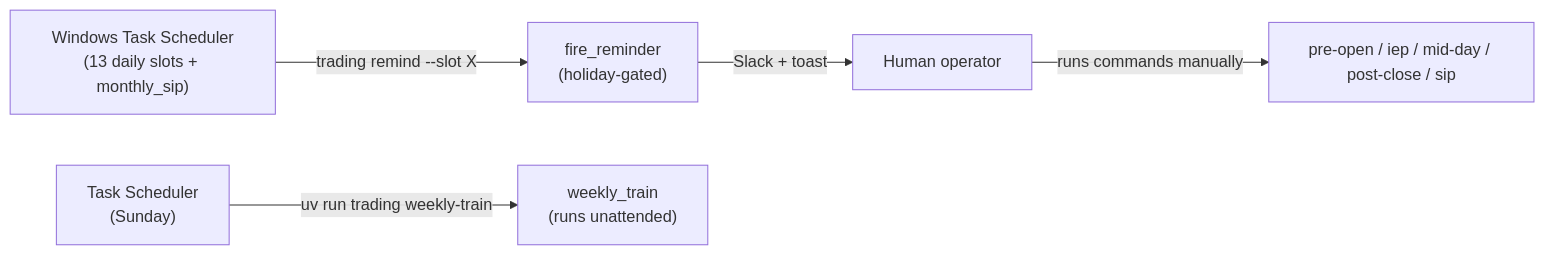
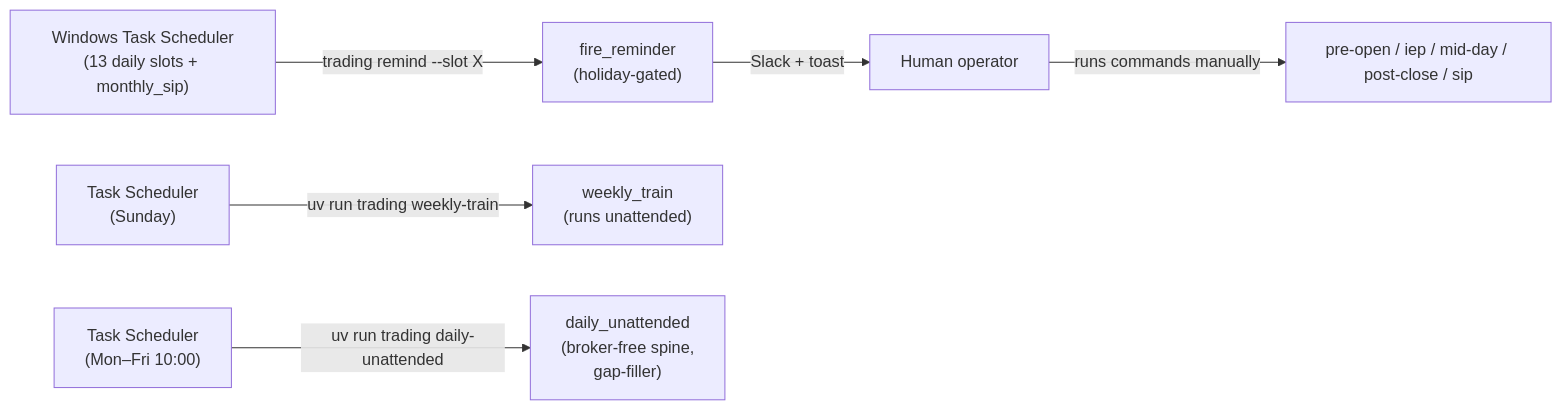
Before and after one commit to alladdinkumar/Trading: the diagram in docs/architecture/08-ops-cli-ui.md, drawn with Mermaid. The commit also changed other lines of this file and 9 other files, not shown here.

First line of the commit message:
feat(ops): daily_unattended — broker-free unattended gap-filler (F-032)

````diff
--- a/docs/architecture/08-ops-cli-ui.md
+++ b/docs/architecture/08-ops-cli-ui.md
@@ -76,9 +78,10 @@
 ```mermaid
 flowchart LR
     TS["Windows Task Scheduler<br/>(13 daily slots + monthly_sip)"]
     -->|trading remind --slot X| R["fire_reminder<br/>(holiday-gated)"]
     R -->|Slack + toast| H["Human operator"]
     H -->|runs commands manually| JOBS["pre-open / iep / mid-day / post-close / sip"]
 
     TS2["Task Scheduler<br/>(Sunday)"] -->|uv run trading weekly-train| WT["weekly_train<br/>(runs unattended)"]
+    TS3["Task Scheduler<br/>(Mon–Fri 10:00)"] -->|uv run trading daily-unattended| DU["daily_unattended<br/>(broker-free spine,<br/>gap-filler)"]
 ```
````
